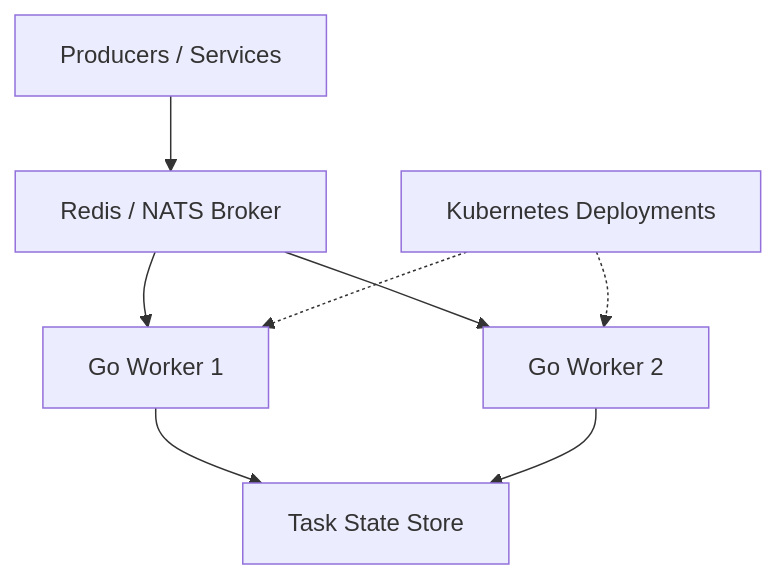
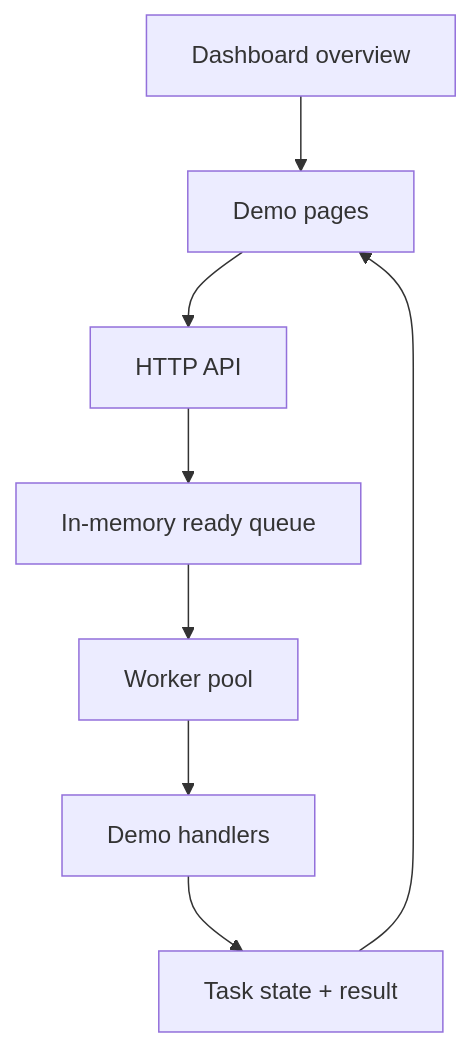
Before and after one commit to Calebsons-Inc/Calebsons-Go-Cloud-Native-Distributed-Task-Queue: the diagram in readme.md, drawn with Mermaid. The commit also changed other lines of this file and 16 other files, not shown here.

````diff
--- a/readme.md
+++ b/readme.md
@@ -20,10 +32,10 @@
 ```mermaid
 flowchart TD
-    PRODUCER[Producers / Services] --> QUEUE[Redis / NATS Broker]
-    QUEUE --> WORKER1[Go Worker 1]
-    QUEUE --> WORKER2[Go Worker 2]
-    WORKER1 --> STATE[Task State Store]
-    WORKER2 --> STATE
-    INFRA[Kubernetes Deployments] -.-> WORKER1
-    INFRA -.-> WORKER2
+    HOME[Dashboard overview] --> DEMO[Demo pages]
+    DEMO --> API[HTTP API]
+    API --> QUEUE[In-memory ready queue]
+    QUEUE --> W[Worker pool]
+    W --> HANDLER[Demo handlers]
+    HANDLER --> STATE[Task state + result]
+    STATE --> DEMO
 ```
````
